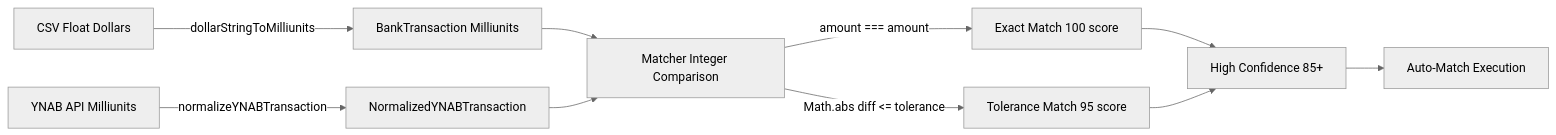
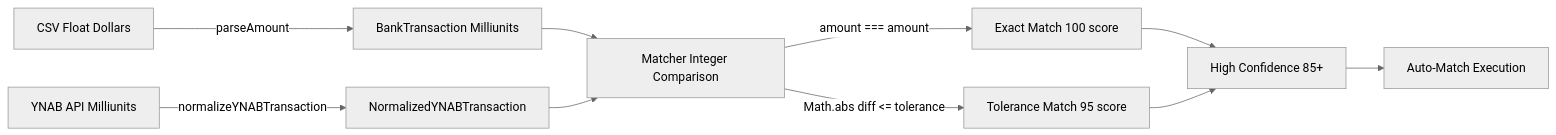
One commit to dizzlkheinz/ynab-mcpb changed the second of 16 diagrams in docs/technical/reconciliation-system-architecture.md. Above: the diagram before and after it, drawn with Mermaid (neutral theme). The commit also changed other lines of this file and 4 other files, not shown here.

````diff
--- a/docs/technical/reconciliation-system-architecture.md
+++ b/docs/technical/reconciliation-system-architecture.md
@@ -97,16 +97,16 @@
 ```mermaid
 graph LR
-    A[CSV Float Dollars] -->|dollarStringToMilliunits| B[BankTransaction Milliunits]
+    A[CSV Float Dollars] -->|parseAmount| B[BankTransaction Milliunits]
     C[YNAB API Milliunits] -->|normalizeYNABTransaction| D[NormalizedYNABTransaction]
 
     B --> E[Matcher Integer Comparison]
     D --> E
 
     E -->|amount === amount| F[Exact Match 100 score]
     E -->|Math.abs diff <= tolerance| G[Tolerance Match 95 score]
 
     F --> H[High Confidence 85+]
     G --> H
 
     H --> I[Auto-Match Execution]
 ```
````
